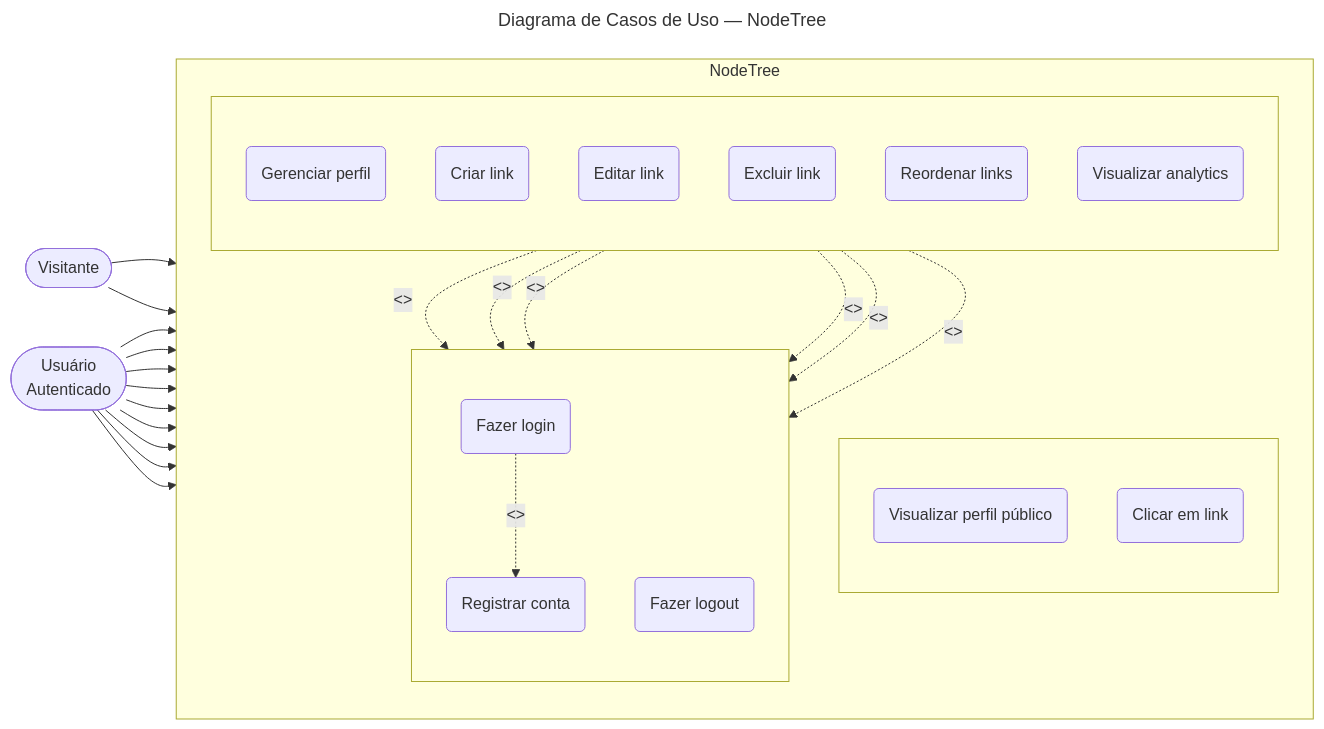
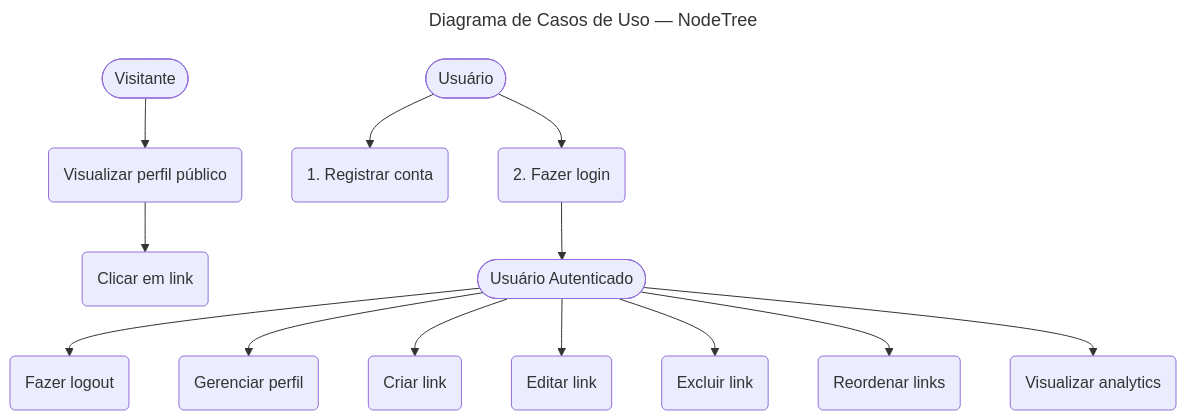
Before and after one commit to ddamaceno/NodeTree: the diagram in docs/diagrama-casos-uso.md, drawn with Mermaid. The commit also changed other lines of this file, not shown here.

Commit message:
docs: remodel use case diagram with 3 actors and sequential flow

````diff
--- a/docs/diagrama-casos-uso.md
+++ b/docs/diagrama-casos-uso.md
@@ -3,56 +3,23 @@
 ```mermaid
 ---
 title: Diagrama de Casos de Uso — NodeTree
 ---
-flowchart LR
+flowchart TB
     V([Visitante])
-    UA([Usuário<br>Autenticado])
+    V --> UC01("Visualizar perfil público")
+    UC01 --> UC02("Clicar em link")
 
-    subgraph SISTEMA[NodeTree]
-        direction TB
+    U([Usuário])
+    U --> UC03("1. Registrar conta")
+    U --> UC04("2. Fazer login")
 
-        subgraph VISITA[" "]
-            direction TB
-            UC01("Visualizar perfil público")
-            UC02("Clicar em link")
-        end
+    UC04 --> UA([Usuário Autenticado])
 
-        subgraph AUTENTICACAO[" "]
-            direction TB
-            UC03("Registrar conta")
-            UC04("Fazer login")
-            UC05("Fazer logout")
-        end
-
-        subgraph GERENCIAMENTO[" "]
-            direction TB
-            UC06("Gerenciar perfil")
-            UC07("Criar link")
-            UC08("Editar link")
-            UC09("Excluir link")
-            UC10("Reordenar links")
-            UC11("Visualizar analytics")
-        end
-    end
-
-    V --> UC01
-    V --> UC02
-
-    UA --> UC03
-    UA --> UC04
-    UA --> UC05
-    UA --> UC06
-    UA --> UC07
-    UA --> UC08
-    UA --> UC09
-    UA --> UC10
-    UA --> UC11
-
-    UC06 -.->|<<include>>| UC04
-    UC07 -.->|<<include>>| UC04
-    UC08 -.->|<<include>>| UC04
-    UC09 -.->|<<include>>| UC04
-    UC10 -.->|<<include>>| UC04
-    UC11 -.->|<<include>>| UC04
-    UC04 -.->|<<extend>>| UC03
+    UA --> UC05("Fazer logout")
+    UA --> UC06("Gerenciar perfil")
+    UA --> UC07("Criar link")
+    UA --> UC08("Editar link")
+    UA --> UC09("Excluir link")
+    UA --> UC10("Reordenar links")
+    UA --> UC11("Visualizar analytics")
 ```
````
